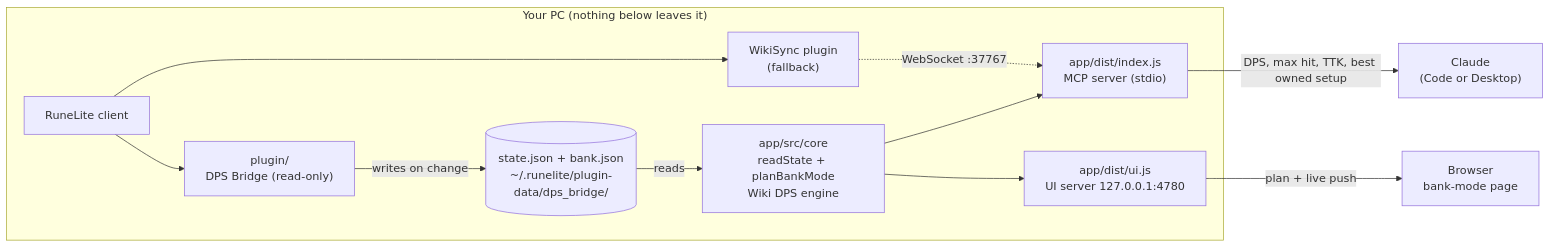
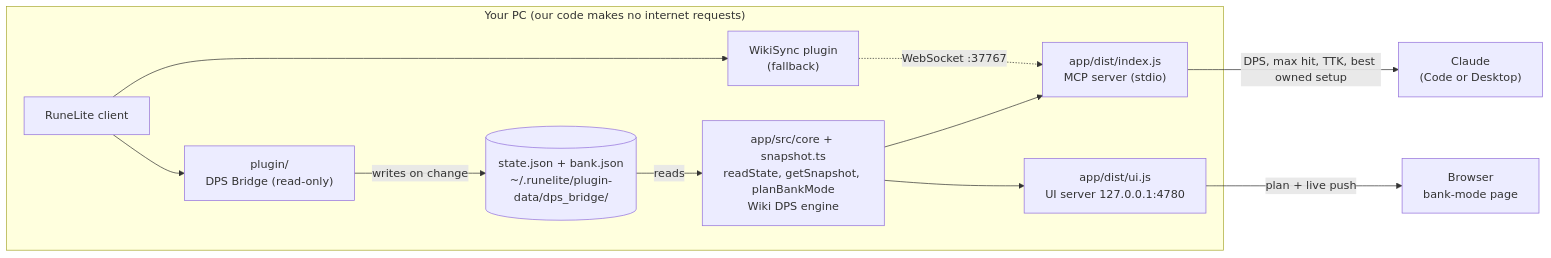
One commit to TomsoucAI/osrs-pvm-coach changed the diagram in README.md. Above: the diagram before and after it, drawn with Mermaid. The commit also changed other lines of this file and 1 other file, not shown here.

````diff
--- a/README.md
+++ b/README.md
@@ -13,24 +13,24 @@
 ```mermaid
 flowchart LR
-    subgraph PC["Your PC (nothing below leaves it)"]
+    subgraph PC["Your PC (our code makes no internet requests)"]
         RL["RuneLite client"]
         PL["plugin/<br/>DPS Bridge (read-only)"]
         F[("state.json + bank.json<br/>~/.runelite/plugin-data/dps_bridge/")]
-        CORE["app/src/core<br/>readState + planBankMode<br/>Wiki DPS engine"]
+        CORE["app/src/core + snapshot.ts<br/>readState, getSnapshot, planBankMode<br/>Wiki DPS engine"]
         MCP["app/dist/index.js<br/>MCP server (stdio)"]
         UI["app/dist/ui.js<br/>UI server 127.0.0.1:4780"]
         WS["WikiSync plugin<br/>(fallback)"]
     end
     C["Claude<br/>(Code or Desktop)"]
     B["Browser<br/>bank-mode page"]
 
     RL --> PL
     PL -->|writes on change| F
     F -->|reads| CORE
     CORE --> MCP
     CORE --> UI
     RL --> WS
     WS -.->|"WebSocket :37767"| MCP
     MCP -->|"DPS, max hit, TTK, best owned setup"| C
     UI -->|"plan + live push"| B
 ```
````
